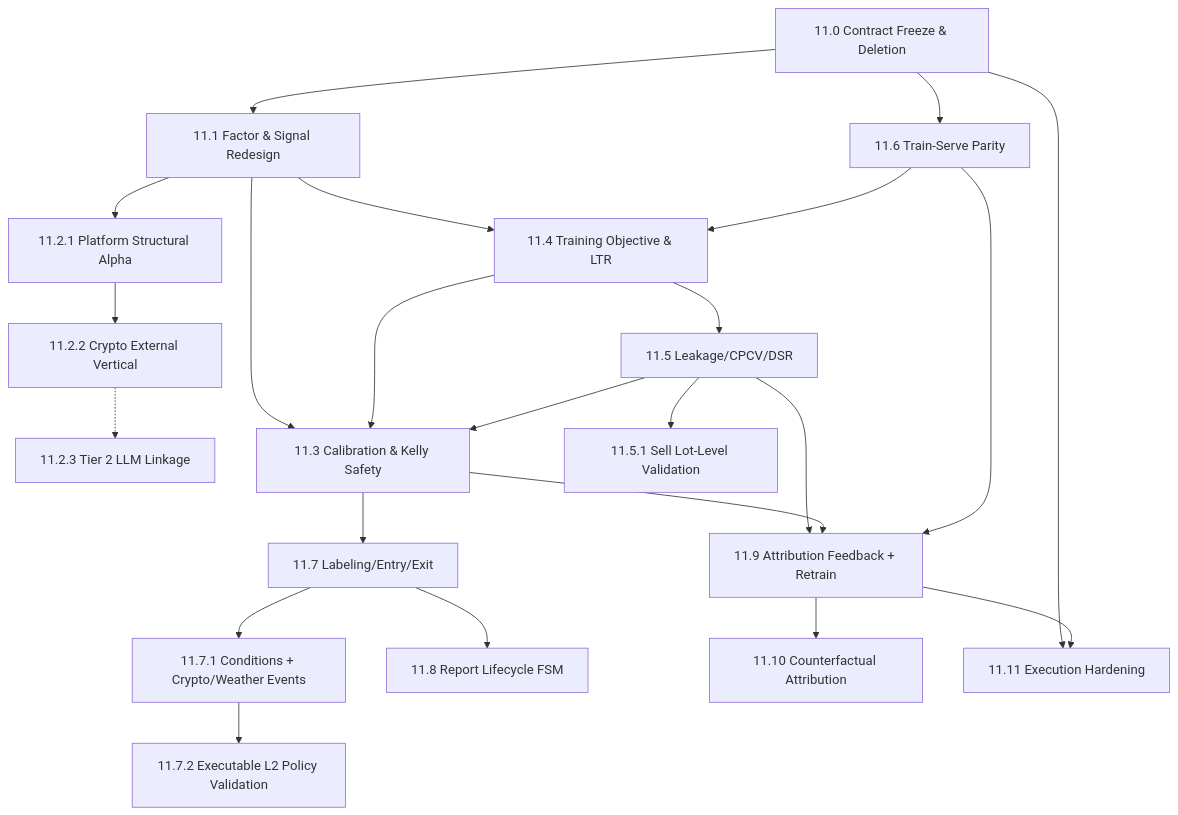
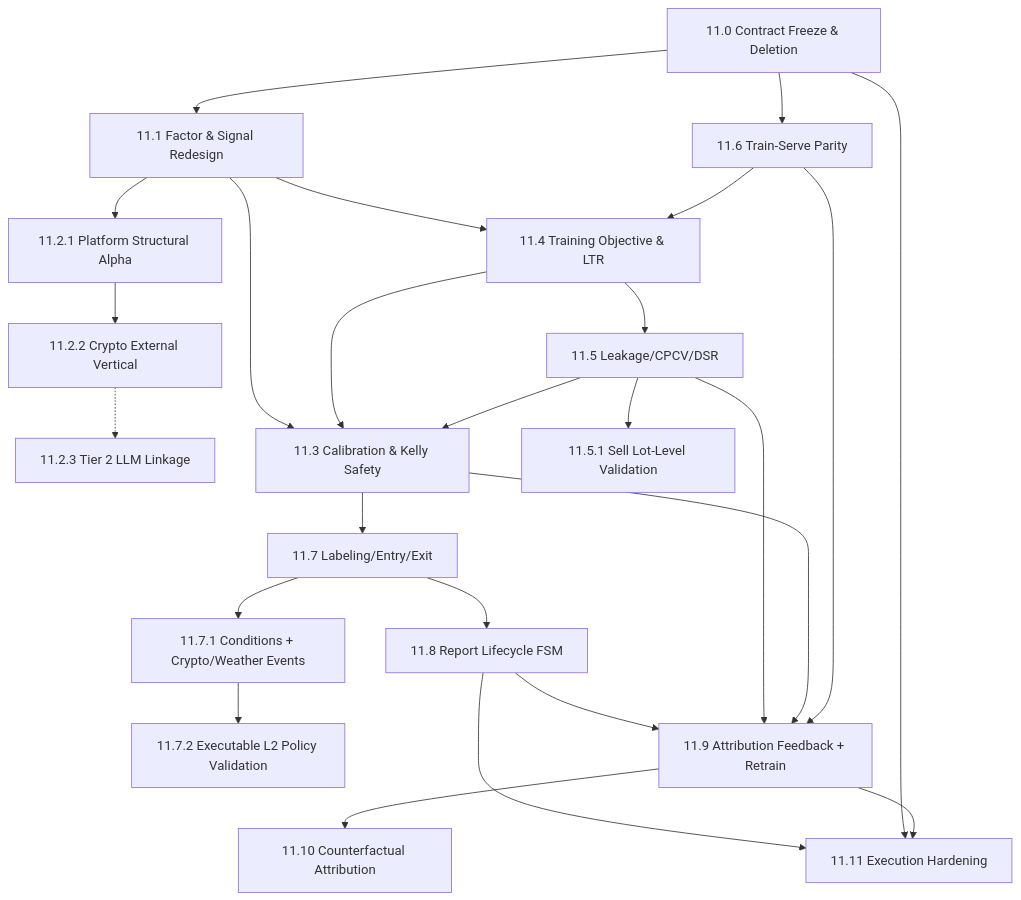
Before and after one commit to solomon-ssy/oxide-arb: the diagram in docs/plans/quant-pivot/phase-11/README.md, drawn with Mermaid. The commit also changed other lines of this file and 154 other files, not shown here.

````diff
--- a/docs/plans/quant-pivot/phase-11/README.md
+++ b/docs/plans/quant-pivot/phase-11/README.md
@@ -129,43 +132,45 @@
 ```mermaid
 flowchart TD
     P110["11.0 Contract Freeze & Deletion"]
     P111["11.1 Factor & Signal Redesign"]
     P1121["11.2.1 Platform Structural Alpha"]
     P1122["11.2.2 Crypto External Vertical"]
     P1123["11.2.3 Tier 2 LLM Linkage"]
     P113["11.3 Calibration & Kelly Safety"]
     P114["11.4 Training Objective & LTR"]
     P115["11.5 Leakage/CPCV/DSR"]
     P1151["11.5.1 Sell Lot-Level Validation"]
     P116["11.6 Train-Serve Parity"]
     P117["11.7 Labeling/Entry/Exit"]
     P1171["11.7.1 Conditions + Crypto/Weather Events"]
     P1172["11.7.2 Executable L2 Policy Validation"]
     P118["11.8 Report Lifecycle FSM"]
     P119["11.9 Attribution Feedback + Retrain"]
     P1110["11.10 Counterfactual Attribution"]
     P1111["11.11 Execution Hardening"]
 
     P110 --> P111
     P110 --> P116
     P111 --> P1121
     P1121 --> P1122
     P1122 -.-> P1123
     P111 --> P114
     P116 --> P114
     P114 --> P115
     P111 --> P113
     P114 --> P113
     P115 --> P113
     P115 --> P1151
     P113 --> P117
     P117 --> P1171
     P1171 --> P1172
     P117 --> P118
+    P118 --> P119
+    P118 --> P1111
     P115 --> P119
     P113 --> P119
     P116 --> P119
     P119 --> P1110
     P110 --> P1111
     P119 --> P1111
 ```
````
